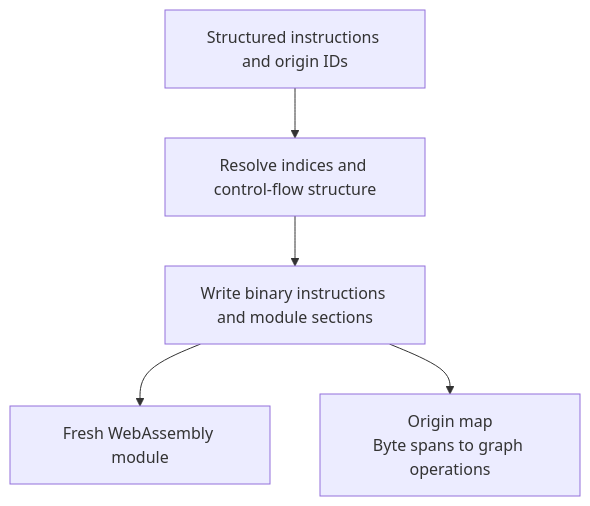
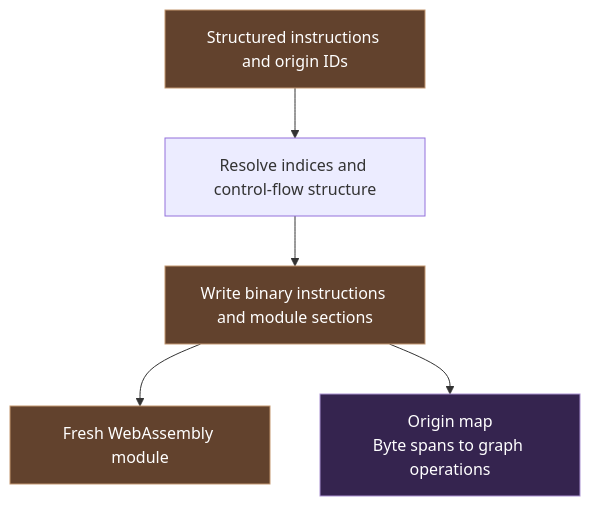
The fourth of 6 diagrams in docs/Subsystems.md (Kian-hdr/lore-demo), drawn with Mermaid before and after one commit. The commit also changed other lines of this file and 7 other files, not shown here.

Commit message:
IND-317 visualize memory architecture and use numeric hierarchy codes

````diff
--- a/docs/Subsystems.md
+++ b/docs/Subsystems.md
@@ -54,7 +66,11 @@
 ```mermaid
 flowchart TD
     A["Structured instructions and origin IDs"] --> B["Resolve indices and control-flow structure"]
     B --> C["Write binary instructions and module sections"]
     C --> D["Fresh WebAssembly module"]
     C --> E["Origin map<br/>Byte spans to graph operations"]
+    classDef exec fill:#62422d,stroke:#c39770,color:#ffffff;
+    class A,C,D exec;
+    classDef plan fill:#35244f,stroke:#aa91d2,color:#ffffff;
+    class E plan;
 ```
````
